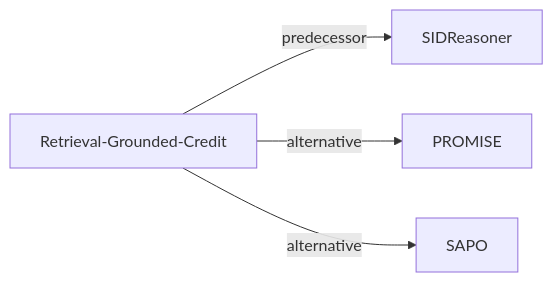
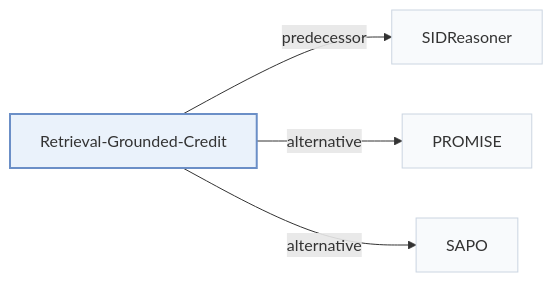
One commit to Galaxy-ghost/Awesome-SID-Generative-Rec changed the second of 2 diagrams in pages/papers/retrieval-grounded-credit.md. Above: the diagram before and after it, drawn with Mermaid. The commit also changed other lines of this file and 649 other files, not shown here.

Commit message:
writer-05: also tags and modality index (schema, check, build, visuals); summary field removed; calibration data for 12 papers

````diff
--- a/pages/papers/retrieval-grounded-credit.md
+++ b/pages/papers/retrieval-grounded-credit.md
@@ -68,7 +74,11 @@
 ```mermaid
 flowchart LR
     P["Retrieval-Grounded-Credit"]
-    P -->|predecessor| A["SIDReasoner"]
-    P -->|alternative| B["PROMISE"]
-    P -->|alternative| C["SAPO"]
+    P -->|"predecessor"| A["SIDReasoner"]
+    P -->|"alternative"| B["PROMISE"]
+    P -->|"alternative"| C["SAPO"]
+    classDef main fill:#eaf2fb,stroke:#6b8fc7,stroke-width:2px
+    classDef peer fill:#f8fafc,stroke:#cbd5e1
+    class P main
+    class A,B,C peer
 ```
````
